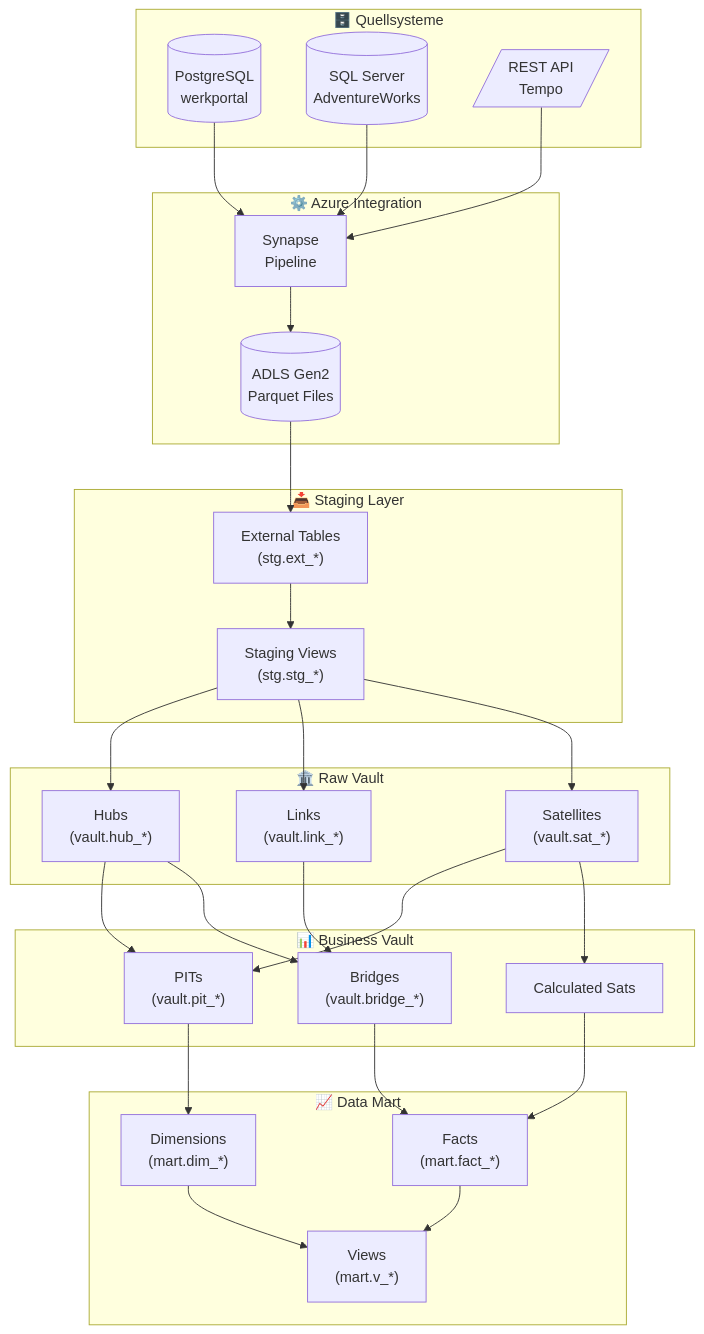
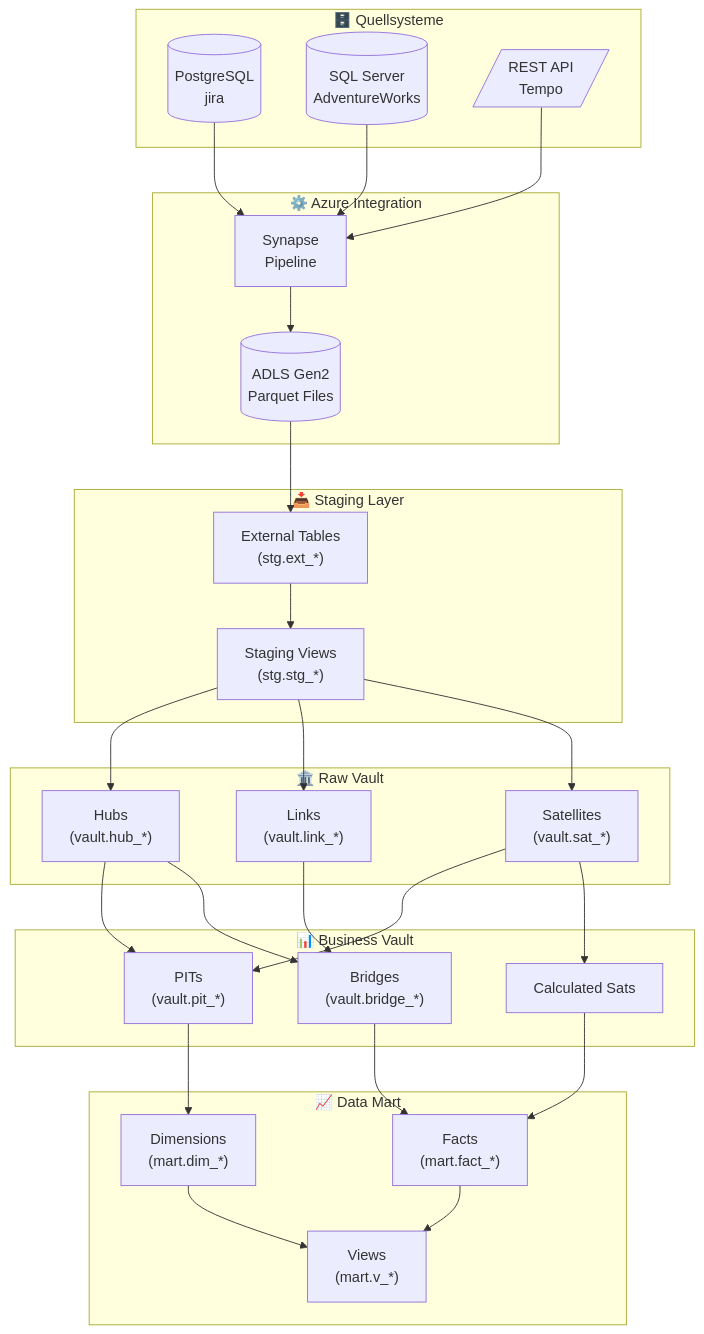
One commit to fellnerd/datavault-dbt changed the first of 5 diagrams in design/data-flow/end_to_end.md. Above: the diagram before and after it, drawn with Mermaid. The commit also changed other lines of this file and 31 other files, not shown here.

````diff
--- a/design/data-flow/end_to_end.md
+++ b/design/data-flow/end_to_end.md
@@ -5,61 +5,61 @@
 ```mermaid
 flowchart TB
     subgraph Sources["🗄️ Quellsysteme"]
-        PG[(PostgreSQL<br/>werkportal)]
+        PG[(PostgreSQL<br/>jira)]
         AW[(SQL Server<br/>AdventureWorks)]
         API[/REST API<br/>Tempo/]
     end
     
     subgraph Integration["⚙️ Azure Integration"]
         SYN[Synapse<br/>Pipeline]
         ADLS[("ADLS Gen2<br/>Parquet Files")]
     end
     
     subgraph Staging["📥 Staging Layer"]
         EXT["External Tables<br/>(stg.ext_*)"]
         STG["Staging Views<br/>(stg.stg_*)"]
     end
     
     subgraph RawVault["🏛️ Raw Vault"]
         HUBS["Hubs<br/>(vault.hub_*)"]
         LINKS["Links<br/>(vault.link_*)"]
         SATS["Satellites<br/>(vault.sat_*)"]
     end
     
     subgraph BusinessVault["📊 Business Vault"]
         PITS["PITs<br/>(vault.pit_*)"]
         BRIDGES["Bridges<br/>(vault.bridge_*)"]
         CALC["Calculated Sats"]
     end
     
     subgraph Mart["📈 Data Mart"]
         DIM["Dimensions<br/>(mart.dim_*)"]
         FACT["Facts<br/>(mart.fact_*)"]
         VIEWS["Views<br/>(mart.v_*)"]
     end
     
     %% Connections
     PG --> SYN
     AW --> SYN
     API --> SYN
     SYN --> ADLS
     
     ADLS --> EXT
     EXT --> STG
     
     STG --> HUBS
     STG --> LINKS
     STG --> SATS
     
     HUBS --> PITS
     SATS --> PITS
     LINKS --> BRIDGES
     HUBS --> BRIDGES
     SATS --> CALC
     
     PITS --> DIM
     BRIDGES --> FACT
     CALC --> FACT
     DIM --> VIEWS
     FACT --> VIEWS
 ```
````
